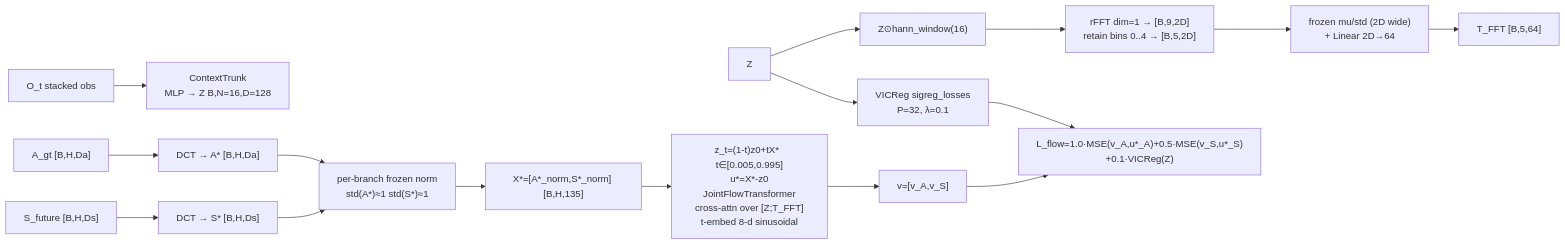
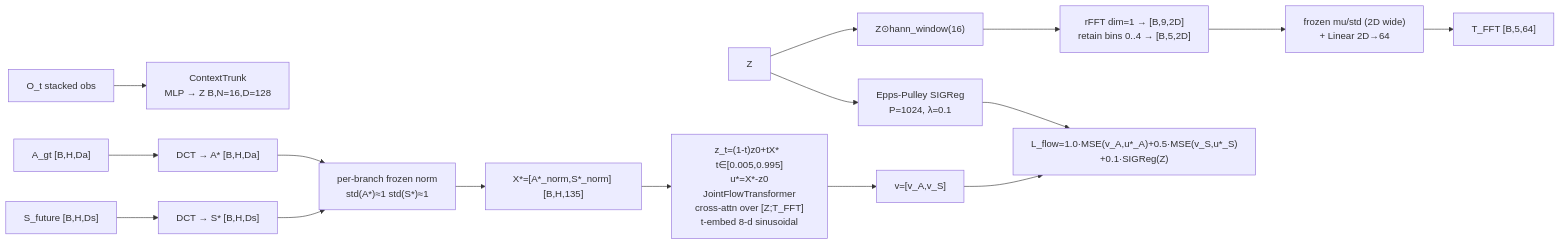
Before and after one commit to dzungphieuluuky/flow-policy-optimization: the diagram in docs/architecture.md, drawn with Mermaid. The commit also changed other lines of this file and 40 other files, not shown here.

````diff
--- a/docs/architecture.md
+++ b/docs/architecture.md
@@ -13,15 +13,15 @@
 ```mermaid
 flowchart LR
   O[O_t stacked obs] --> Tr[ContextTrunk\nMLP → Z B,N=16,D=128]
   Z --> Hann["Z⊙hann_window(16)"]
   Hann --> RFFT["rFFT dim=1 → [B,9,2D]\nretain bins 0..4 → [B,5,2D]"]
   RFFT --> Norm["frozen mu/std (2D wide)\n+ Linear 2D→64"] --> TFFT["T_FFT [B,5,64]"]
   A["A_gt [B,H,Da]"] --> DCTA["DCT → A* [B,H,Da]"]
   S["S_future [B,H,Ds]"] --> DCTS["DCT → S* [B,H,Ds]"]
   DCTA --> PN["per-branch frozen norm\nstd(A*)≈1 std(S*)≈1"] --> Xstar["X*=[A*_norm,S*_norm] [B,H,135]"]
   DCTS --> PN
   Xstar --> Flow["z_t=(1-t)z0+tX*  t∈[0.005,0.995]\nu*=X*-z0\nJointFlowTransformer\ncross-attn over [Z;T_FFT]\nt-embed 8-d sinusoidal"] --> V["v=[v_A,v_S]"]
-  V --> Loss["L_flow=1.0·MSE(v_A,u*_A)+0.5·MSE(v_S,u*_S)\n+0.1·VICReg(Z)"]
-  Z --> SIG["VICReg sigreg_losses\nP=32, λ=0.1"]
+  V --> Loss["L_flow=1.0·MSE(v_A,u*_A)+0.5·MSE(v_S,u*_S)\n+0.1·SIGReg(Z)"]
+  Z --> SIG["Epps-Pulley SIGReg\nP=1024, λ=0.1"]
   SIG --> Loss
 ```
````
